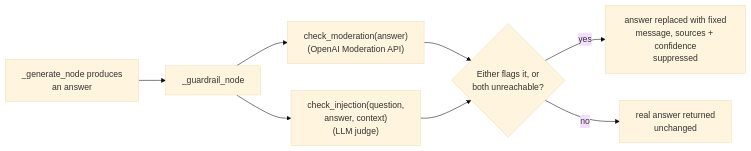
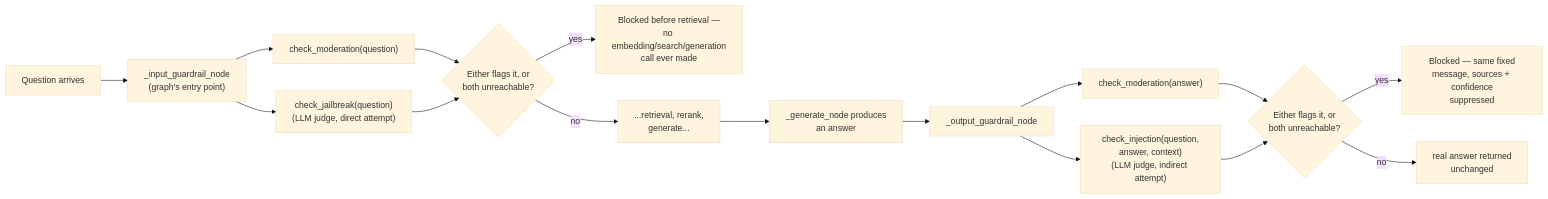
One commit to NavdeepTU/genai_projects changed diagram 28 of 29 in knowledge-brain/docs/INTERVIEW_PREP.md. Above: the diagram before and after it, drawn with Mermaid (base theme). The commit also changed other lines of this file and 32 other files, not shown here.

First line of the commit message:
knowledge-brain: Input guardrails + multi-agent federated retrieval (items 16 ext., 17)

````diff
--- a/knowledge-brain/docs/INTERVIEW_PREP.md
+++ b/knowledge-brain/docs/INTERVIEW_PREP.md
@@ -2793,10 +2796,18 @@
 ```mermaid
 flowchart LR
-    GEN["_generate_node produces<br/>an answer"] --> GUARD["_guardrail_node"]
-    GUARD --> MOD["check_moderation(answer)<br/>(OpenAI Moderation API)"]
-    GUARD --> INJ["check_injection(question,<br/>answer, context)<br/>(LLM judge)"]
-    MOD --> DECIDE{"Either flags it, or<br/>both unreachable?"}
-    INJ --> DECIDE
-    DECIDE -->|yes| BLOCK["answer replaced with fixed<br/>message, sources + confidence<br/>suppressed"]
-    DECIDE -->|no| PASS["real answer returned<br/>unchanged"]
+    Q[Question arrives] --> INGUARD["_input_guardrail_node<br/>(graph's entry point)"]
+    INGUARD --> INMOD["check_moderation(question)"]
+    INGUARD --> JAIL["check_jailbreak(question)<br/>(LLM judge, direct attempt)"]
+    INMOD --> INDECIDE{"Either flags it, or<br/>both unreachable?"}
+    JAIL --> INDECIDE
+    INDECIDE -->|yes| BLOCK1["Blocked before retrieval —<br/>no embedding/search/generation<br/>call ever made"]
+    INDECIDE -->|no| RETRIEVE["...retrieval, rerank,<br/>generate..."]
+    RETRIEVE --> GEN["_generate_node produces<br/>an answer"]
+    GEN --> OUTGUARD["_output_guardrail_node"]
+    OUTGUARD --> OUTMOD["check_moderation(answer)"]
+    OUTGUARD --> INJ["check_injection(question,<br/>answer, context)<br/>(LLM judge, indirect attempt)"]
+    OUTMOD --> OUTDECIDE{"Either flags it, or<br/>both unreachable?"}
+    INJ --> OUTDECIDE
+    OUTDECIDE -->|yes| BLOCK2["Blocked — same fixed<br/>message, sources + confidence<br/>suppressed"]
+    OUTDECIDE -->|no| PASS["real answer returned<br/>unchanged"]
 ```
````
